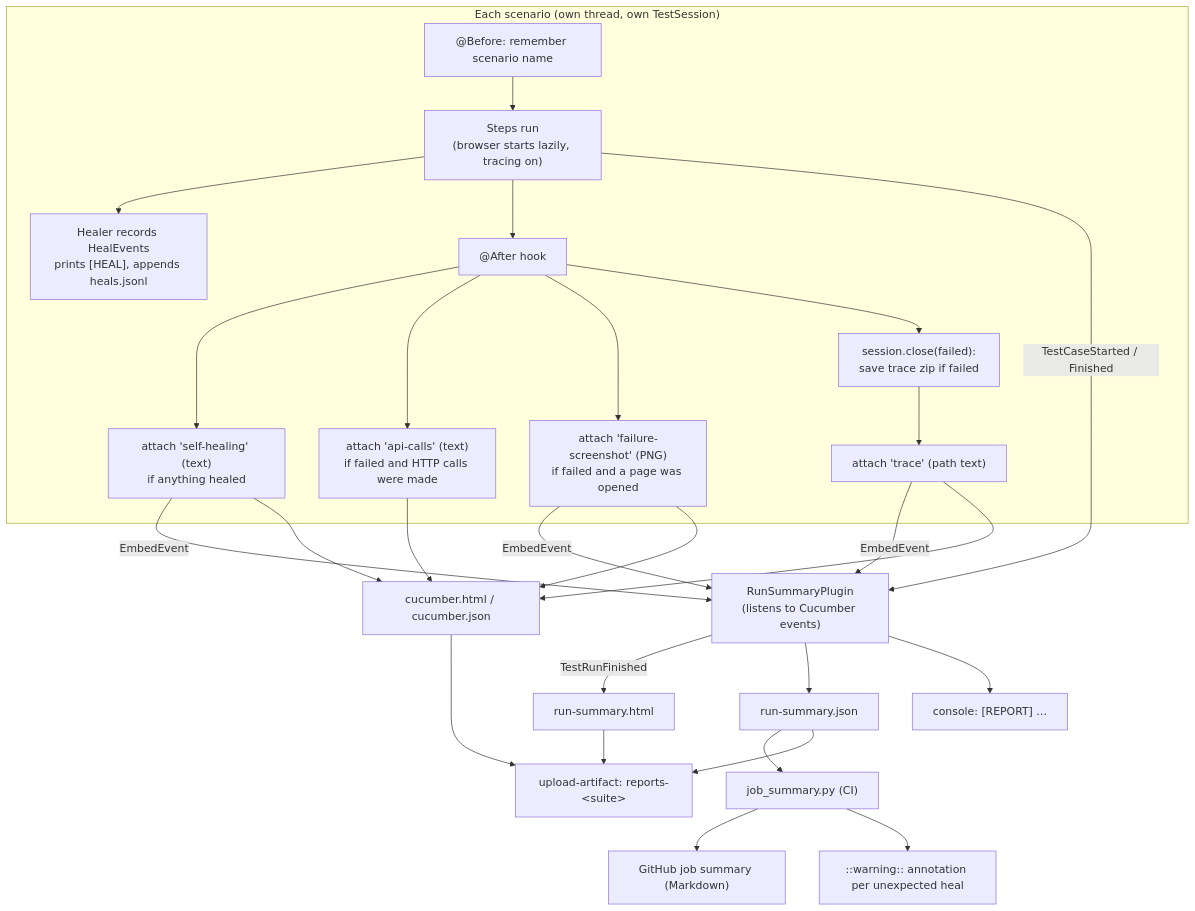
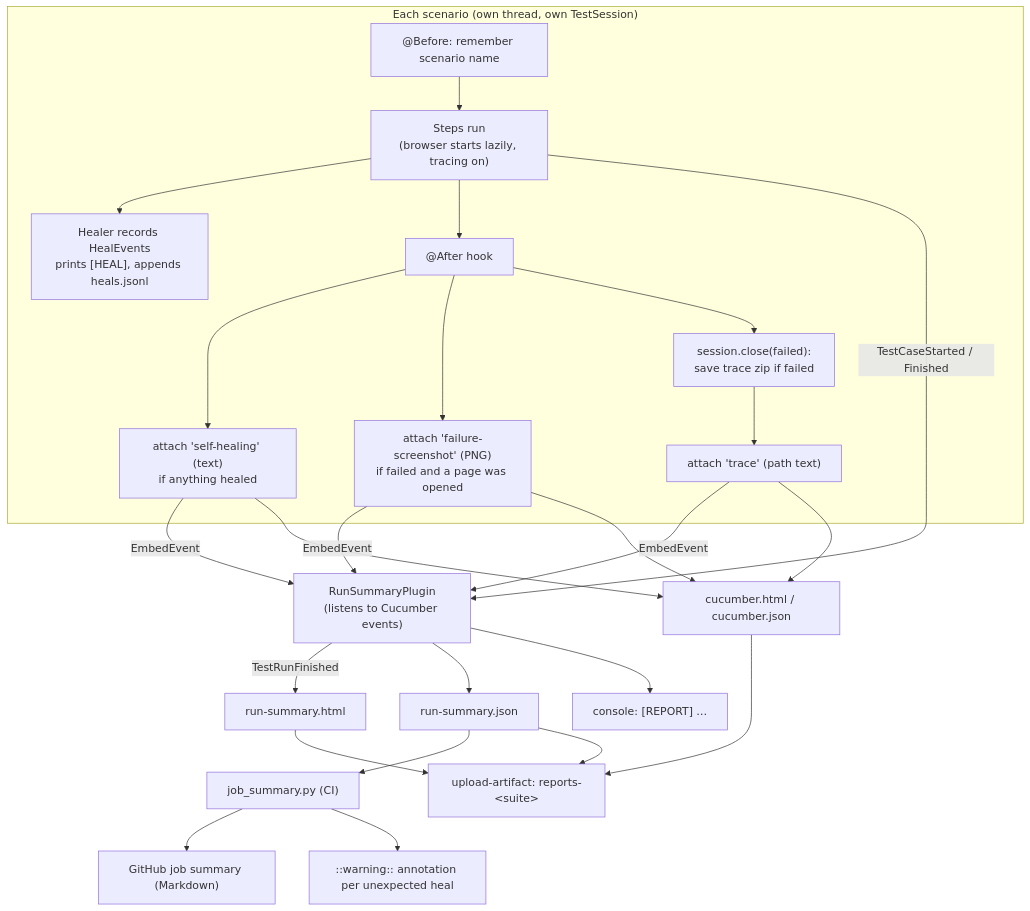
One commit to JayeshKumud/agentic-qa-java changed the diagram in docs/reporting.md. Above: the diagram before and after it, drawn with Mermaid. The commit also changed other lines of this file and 63 other files, not shown here.

````diff
--- a/docs/reporting.md
+++ b/docs/reporting.md
@@ -47,26 +47,25 @@
 ```mermaid
 flowchart TD
     subgraph Scenario["Each scenario (own thread, own TestSession)"]
         S1["@Before: remember scenario name"] --> S2["Steps run<br/>(browser starts lazily, tracing on)"]
         S2 --> S3["Healer records HealEvents<br/>prints [HEAL], appends heals.jsonl"]
         S2 --> S4["@After hook"]
         S4 --> A1["attach 'self-healing' (text)<br/>if anything healed"]
-        S4 --> A5["attach 'api-calls' (text)<br/>if failed and HTTP calls were made"]
         S4 --> A2["attach 'failure-screenshot' (PNG)<br/>if failed and a page was opened"]
         S4 --> A3["session.close(failed):<br/>save trace zip if failed"]
         A3 --> A4["attach 'trace' (path text)"]
     end
 
     A1 & A2 & A4 -->|EmbedEvent| P["RunSummaryPlugin<br/>(listens to Cucumber events)"]
     S2 -->|TestCaseStarted / Finished| P
-    A1 & A2 & A4 & A5 --> C["cucumber.html / cucumber.json"]
+    A1 & A2 & A4 --> C["cucumber.html / cucumber.json"]
 
     P -->|TestRunFinished| R1["run-summary.html"]
     P --> R2["run-summary.json"]
     P --> R3["console: [REPORT] …"]
 
     R2 --> J["job_summary.py (CI)"]
     J --> G1["GitHub job summary (Markdown)"]
     J --> G2["::warning:: annotation per unexpected heal"]
     R1 & R2 & C --> U["upload-artifact: reports-&lt;suite&gt;"]
 ```
````
